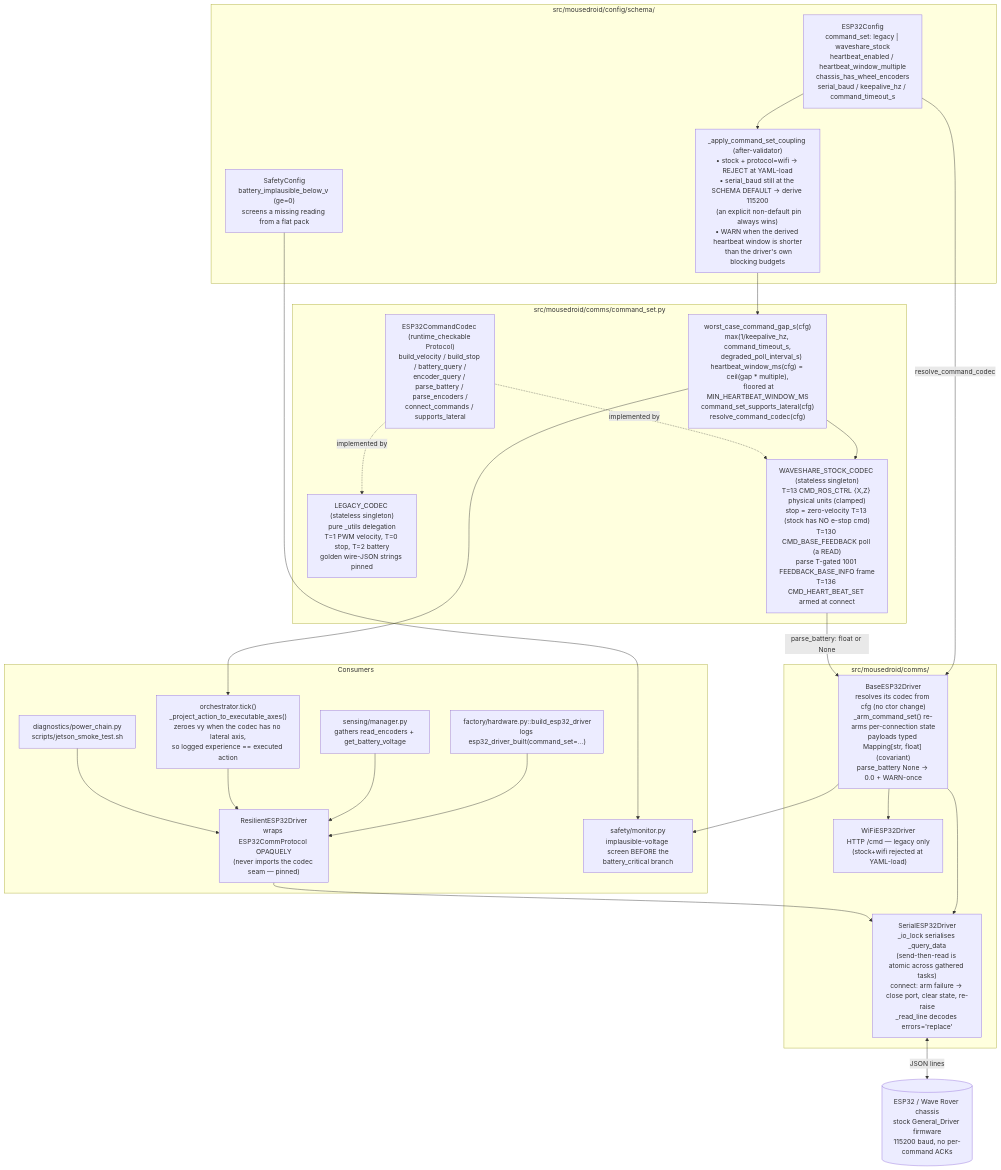
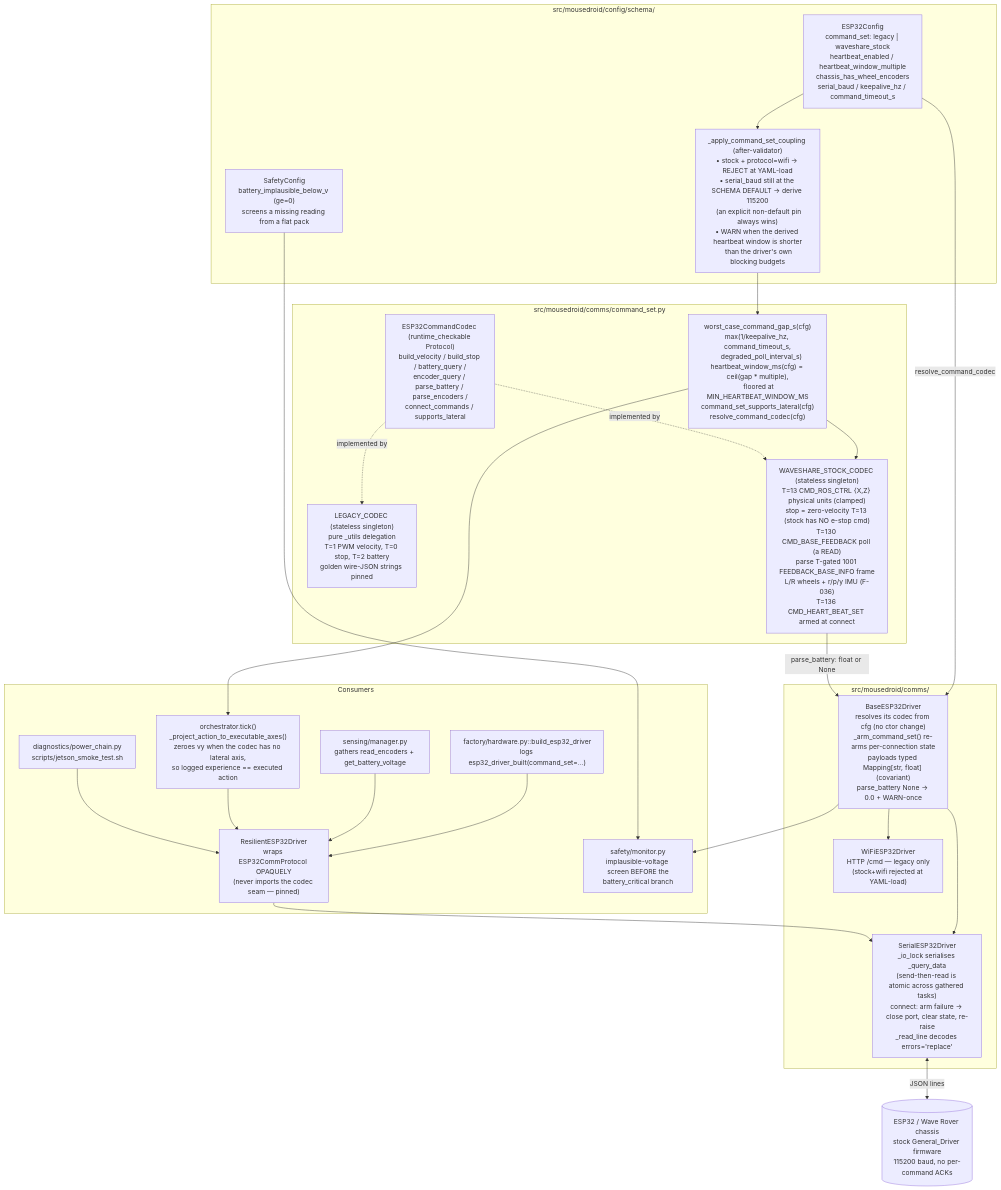
One commit to ianshank/Mouse-Droid-AGI changed the diagram in docs/architecture/c4-esp32-command-set.md. Above: the diagram before and after it, drawn with Mermaid. The commit also changed 128 other files, not shown here.

````diff
--- a/docs/architecture/c4-esp32-command-set.md
+++ b/docs/architecture/c4-esp32-command-set.md
@@ -18,51 +18,51 @@
 ```mermaid
 flowchart TB
     subgraph Config["src/mousedroid/config/schema/"]
         Cfg["ESP32Config\ncommand_set: legacy | waveshare_stock\nheartbeat_enabled / heartbeat_window_multiple\nchassis_has_wheel_encoders\nserial_baud / keepalive_hz / command_timeout_s"]
         Coupling["_apply_command_set_coupling (after-validator)\n• stock + protocol=wifi -> REJECT at YAML-load\n• serial_baud still at the SCHEMA DEFAULT -> derive 115200\n  (an explicit non-default pin always wins)\n• WARN when the derived heartbeat window is shorter\n  than the driver's own blocking budgets"]
         Safety["SafetyConfig\nbattery_implausible_below_v (ge=0)\nscreens a missing reading from a flat pack"]
     end
 
     subgraph Codec["src/mousedroid/comms/command_set.py"]
         Proto["ESP32CommandCodec (runtime_checkable Protocol)\nbuild_velocity / build_stop / battery_query /\nencoder_query / parse_battery / parse_encoders /\nconnect_commands / supports_lateral"]
         Legacy["LEGACY_CODEC (stateless singleton)\npure _utils delegation\nT=1 PWM velocity, T=0 stop, T=2 battery\ngolden wire-JSON strings pinned"]
-        Stock["WAVESHARE_STOCK_CODEC (stateless singleton)\nT=13 CMD_ROS_CTRL {X,Z} physical units (clamped)\nstop = zero-velocity T=13 (stock has NO e-stop cmd)\nT=130 CMD_BASE_FEEDBACK poll (a READ)\nparse T-gated 1001 FEEDBACK_BASE_INFO frame\nT=136 CMD_HEART_BEAT_SET armed at connect"]
+        Stock["WAVESHARE_STOCK_CODEC (stateless singleton)\nT=13 CMD_ROS_CTRL {X,Z} physical units (clamped)\nstop = zero-velocity T=13 (stock has NO e-stop cmd)\nT=130 CMD_BASE_FEEDBACK poll (a READ)\nparse T-gated 1001 FEEDBACK_BASE_INFO frame\nL/R wheels + r/p/y IMU (F-036)\nT=136 CMD_HEART_BEAT_SET armed at connect"]
         Helpers["worst_case_command_gap_s(cfg)\nmax(1/keepalive_hz, command_timeout_s,\n    degraded_poll_interval_s)\nheartbeat_window_ms(cfg) = ceil(gap * multiple),\n  floored at MIN_HEARTBEAT_WINDOW_MS\ncommand_set_supports_lateral(cfg)\nresolve_command_codec(cfg)"]
     end
 
     subgraph Drivers["src/mousedroid/comms/"]
         Base["BaseESP32Driver\nresolves its codec from cfg (no ctor change)\n_arm_command_set() re-arms per-connection state\npayloads typed Mapping[str, float] (covariant)\nparse_battery None -> 0.0 + WARN-once"]
         Serial["SerialESP32Driver\n_io_lock serialises _query_data\n(send-then-read is atomic across gathered tasks)\nconnect: arm failure -> close port, clear state, re-raise\n_read_line decodes errors='replace'"]
         WiFi["WiFiESP32Driver\nHTTP /cmd — legacy only\n(stock+wifi rejected at YAML-load)"]
     end
 
     subgraph Consumers["Consumers"]
         Factory["factory/hardware.py::build_esp32_driver\nlogs esp32_driver_built(command_set=...)"]
         Resil["ResilientESP32Driver\nwraps ESP32CommProtocol OPAQUELY\n(never imports the codec seam — pinned)"]
         Sensing["sensing/manager.py\ngathers read_encoders + get_battery_voltage"]
         Orch["orchestrator.tick()\n_project_action_to_executable_axes()\nzeroes vy when the codec has no lateral axis,\nso logged experience == executed action"]
         Monitor["safety/monitor.py\nimplausible-voltage screen BEFORE the\nbattery_critical branch"]
         Smoke["diagnostics/power_chain.py\nscripts/jetson_smoke_test.sh"]
     end
 
     Board[("ESP32 / Wave Rover chassis\nstock General_Driver firmware\n115200 baud, no per-command ACKs")]
 
     Cfg --> Coupling
     Coupling --> Helpers
     Helpers --> Stock
     Proto -.implemented by.-> Legacy
     Proto -.implemented by.-> Stock
     Cfg -->|resolve_command_codec| Base
     Base --> Serial
     Base --> WiFi
     Factory --> Resil
     Resil --> Serial
     Sensing --> Resil
     Orch --> Resil
     Smoke --> Resil
     Serial <-->|JSON lines| Board
     Stock -->|parse_battery: float or None| Base
     Base --> Monitor
     Safety --> Monitor
     Helpers --> Orch
 ```
````
